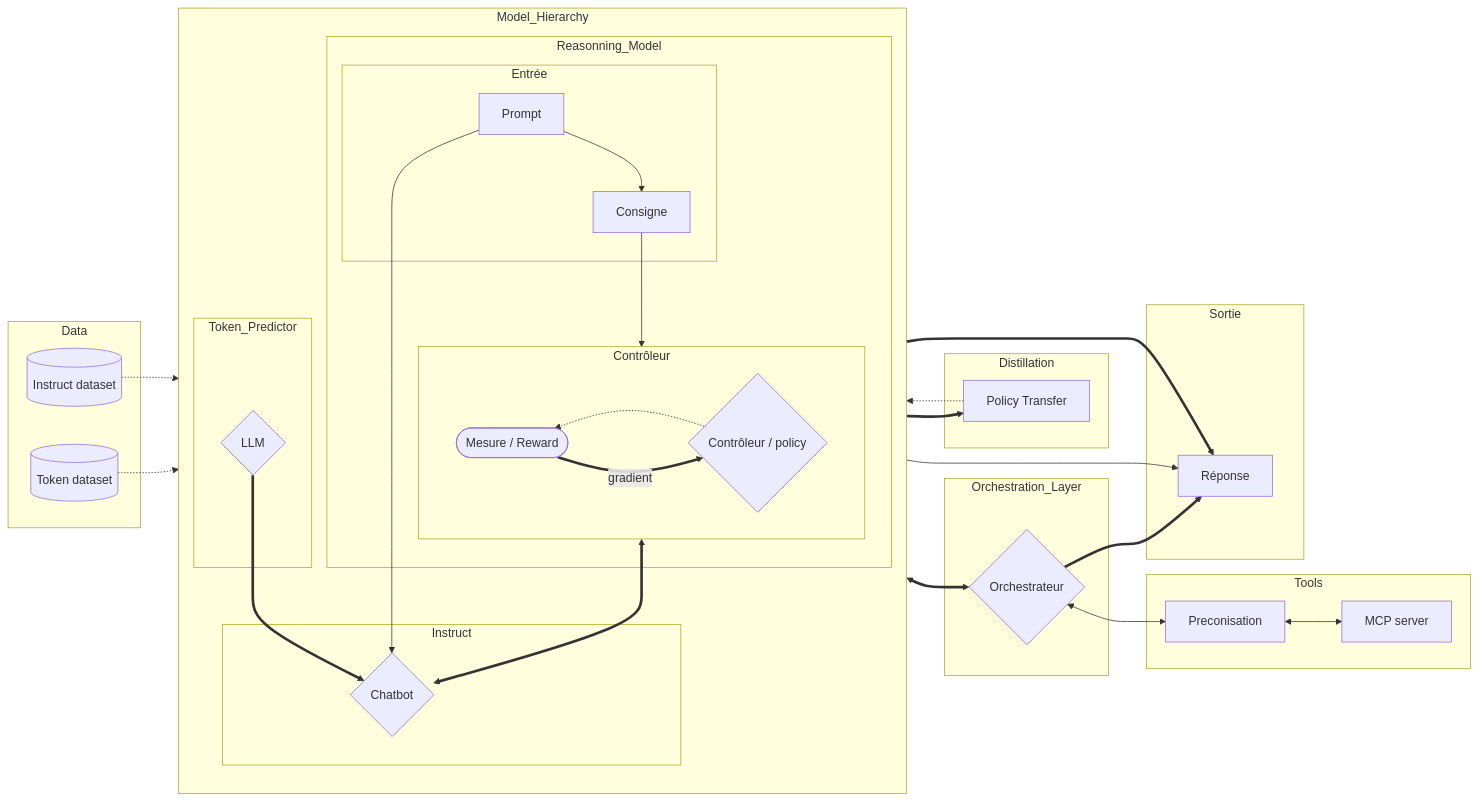
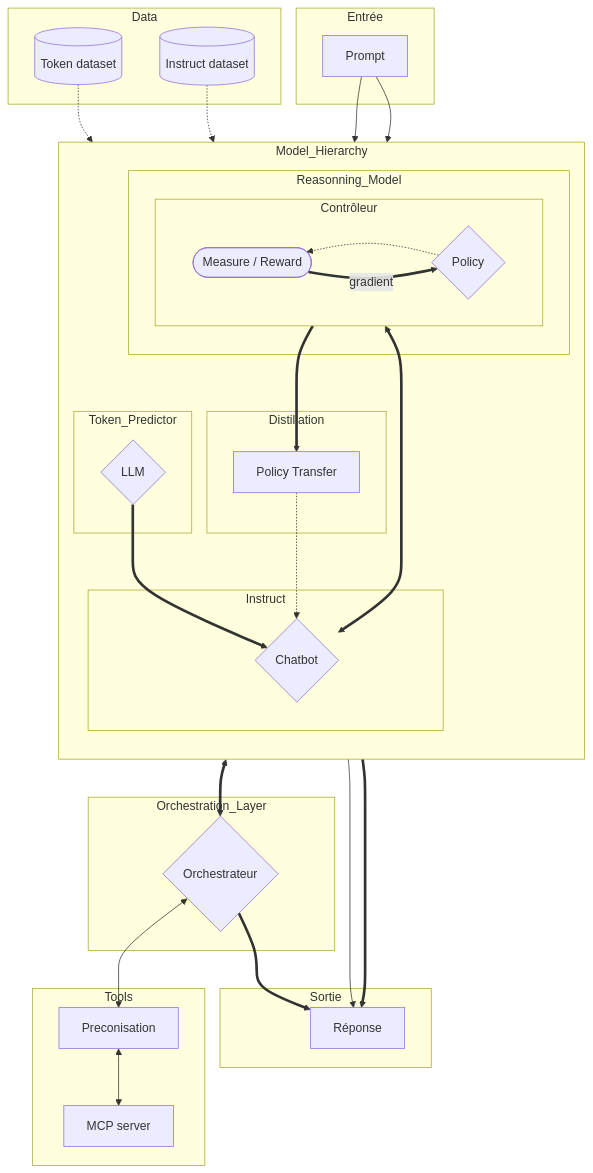
The first of 3 diagrams in 02.ModelHierachy.md (rioultf/llmapp), drawn with Mermaid before and after one commit.

````diff
--- a/02.ModelHierachy.md
+++ b/02.ModelHierachy.md
@@ -57,81 +57,76 @@
 ```mermaid
-flowchart LR
+flowchart TD
     subgraph Entrée
         prompt["Prompt"]
     end
     subgraph Data
-        token[(Token dataset)]
+        token[(Token dataset)]        
         instruct[(Instruct dataset)]
     end
 
-    subgraph Model_Hierarchy
+subgraph Model_Hierarchy
         direction TB
 
         subgraph Instruct
-            chatbot{Chatbot}
+            chatbot{Chatbot}        
         end
     
+        subgraph Distillation
+            Distill["Policy Transfer"]
+        end
+        
         subgraph Token_Predictor
-            LLM{LLM}
+            LLM{LLM}        
             token -.-> LLM
         end
     
         subgraph Reasonning_Model
         
-            subgraph Entrée
-                consigne["Consigne"]
+            subgraph Contrôleur
+                direction RL        
+                ctrl{"Policy"}
+                measure(["Measure / Reward"])
             end
     
-            subgraph Contrôleur
-                direction RL
-                ctrl{"Contrôleur / policy"}
-                measure(["Mesure / Reward"])
-            end
-    
-        end
-    end
+        end    
+    end    
 
     subgraph Tools
-        tool["Preconisation"]
+        tool["Preconisation"]        
         tool <--> mcp
         mcp["MCP server"]
-    end
-
-    subgraph Distillation
-        Distill["Policy Transfer"]
     end
 
     subgraph Orchestration_Layer
         Orchestrator{Orchestrateur}
     end
 
     subgraph Sortie
         answer[Réponse]
     end
 
     %% Interactions
     instruct -.-> chatbot
     LLM ==> chatbot
 
     ctrl <==> chatbot
     ctrl -.-> measure
     measure ==gradient==> ctrl
 
-    prompt --> consigne
     prompt --> chatbot
-    consigne --> ctrl
+    prompt --> ctrl
 
     %% Distillation
     ctrl ==> Distill
     Distill -.-> chatbot
 
     %% Orchestration
     chatbot <==> Orchestrator
     ctrl --> answer
     chatbot ==> answer
 
     %% External integrations
 
     Orchestrator <--> tool
     Orchestrator ==> answer
 ```
````
